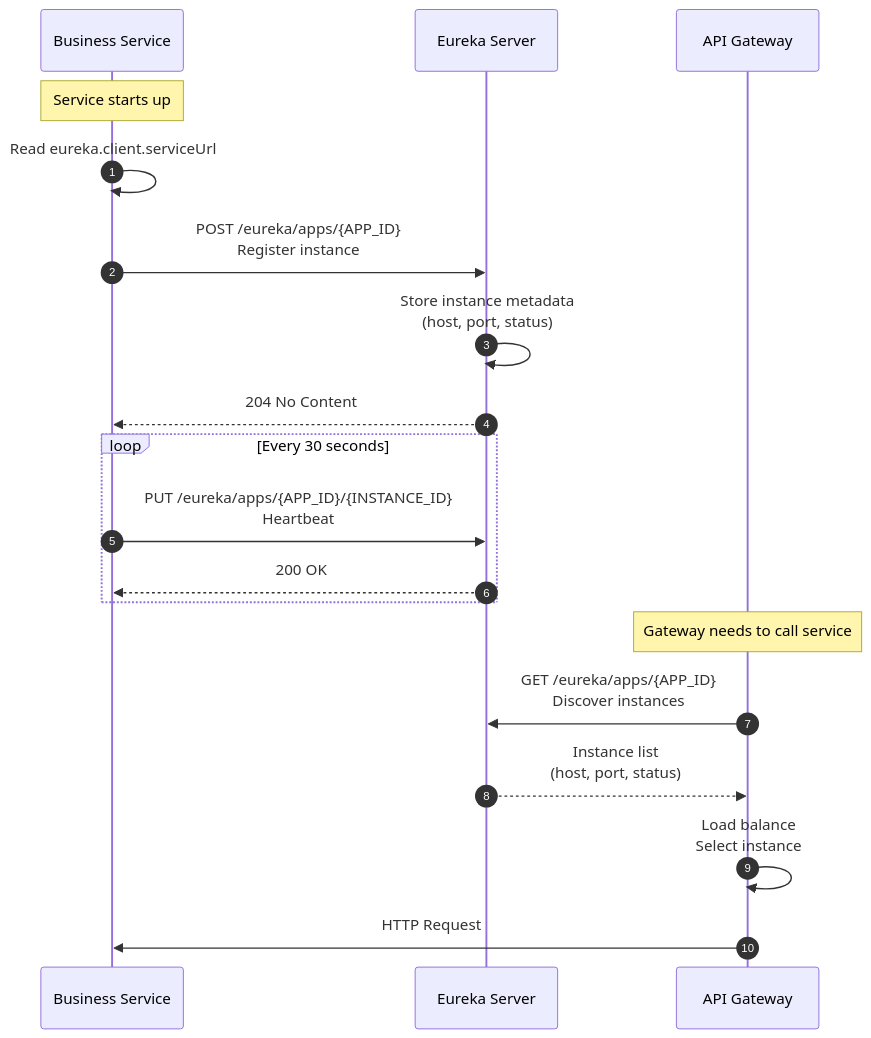
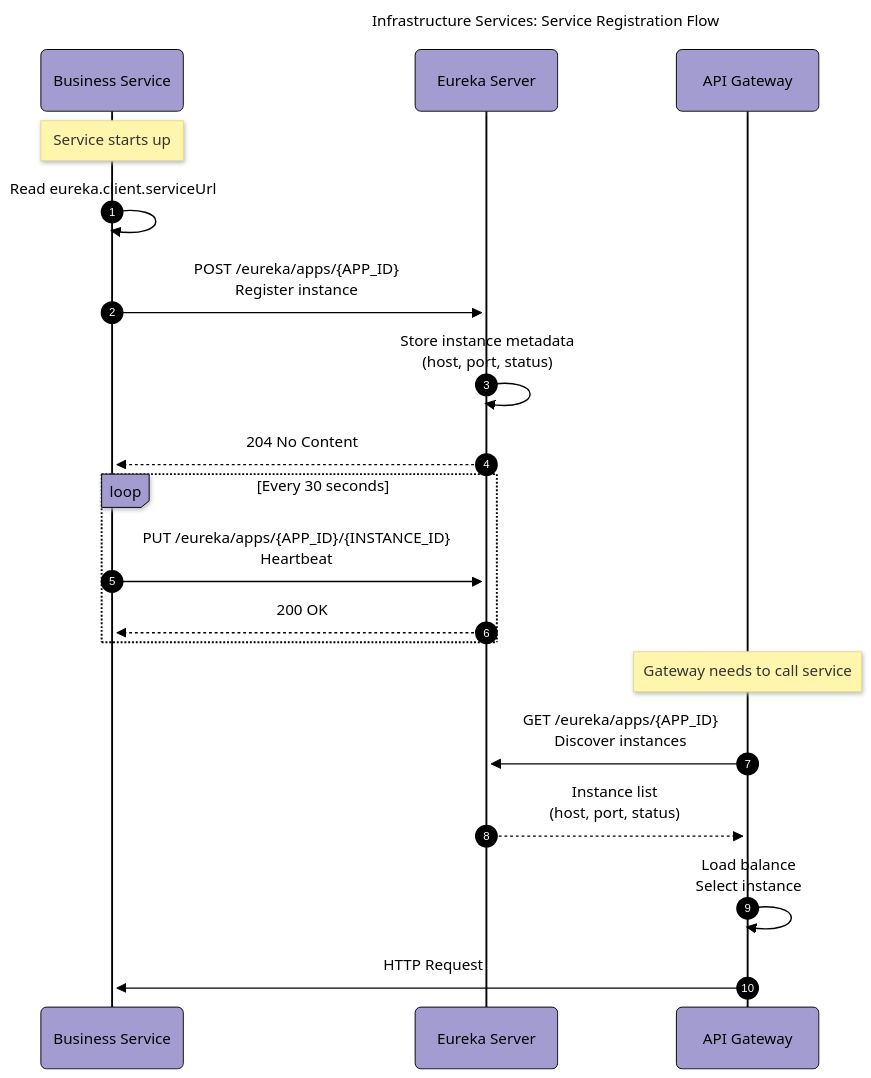
Before and after one commit to BrunoGil-AS/Vending-Machine-Microservices: the fourth of 8 diagrams in Documentation/diagrams/infrastructure-services.md, drawn with Mermaid. The commit also changed other lines of this file and 7 other files, not shown here.

Commit message:
docs: Update service diagrams with new configurations and titles

````diff
--- a/Documentation/diagrams/infrastructure-services.md
+++ b/Documentation/diagrams/infrastructure-services.md
@@ -176,27 +218,41 @@
 ```mermaid
+---
+config:
+  theme: base
+  themeVariables:
+    primaryColor: '#a39cd1ff'
+    primaryTextColor: '#000000'
+    secondaryTextColor: '#ffffffff'
+    primaryBorderColor: '#000000'
+    lineColor: '#000000ff'
+    secondaryColor: '#90b590ff'
+    tertiaryColor: '#f9f6a1ff'
+  look: neo
+title: 'Infrastructure Services: Service Registration Flow'
+---
 sequenceDiagram
     autonumber
     participant Service as Business Service
     participant Eureka as Eureka Server
     participant Gateway as API Gateway
 
     Note over Service: Service starts up
 
     Service->>Service: Read eureka.client.serviceUrl
     Service->>Eureka: POST /eureka/apps/{APP_ID}<br/>Register instance
     Eureka->>Eureka: Store instance metadata<br/>(host, port, status)
     Eureka-->>Service: 204 No Content
 
     loop Every 30 seconds
         Service->>Eureka: PUT /eureka/apps/{APP_ID}/{INSTANCE_ID}<br/>Heartbeat
         Eureka-->>Service: 200 OK
     end
 
     Note over Gateway: Gateway needs to call service
 
     Gateway->>Eureka: GET /eureka/apps/{APP_ID}<br/>Discover instances
     Eureka-->>Gateway: Instance list<br/>(host, port, status)
 
     Gateway->>Gateway: Load balance<br/>Select instance
     Gateway->>Service: HTTP Request
 ```
````
